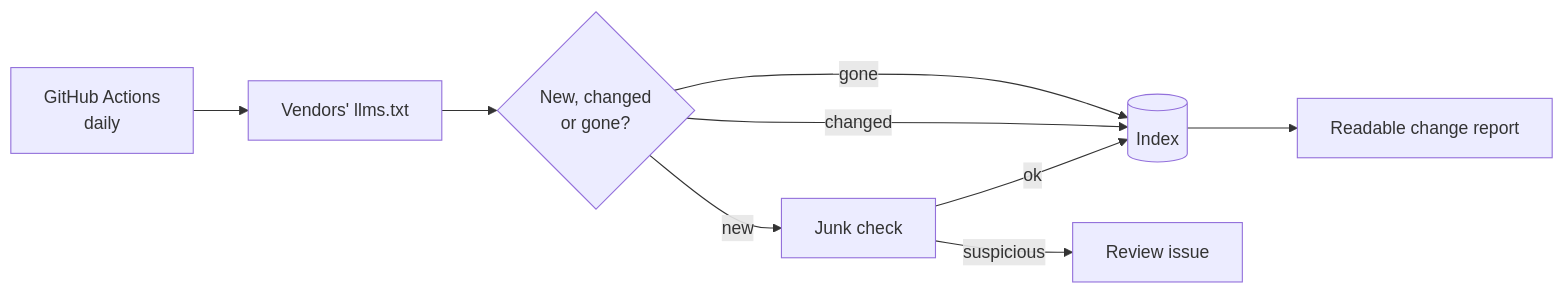
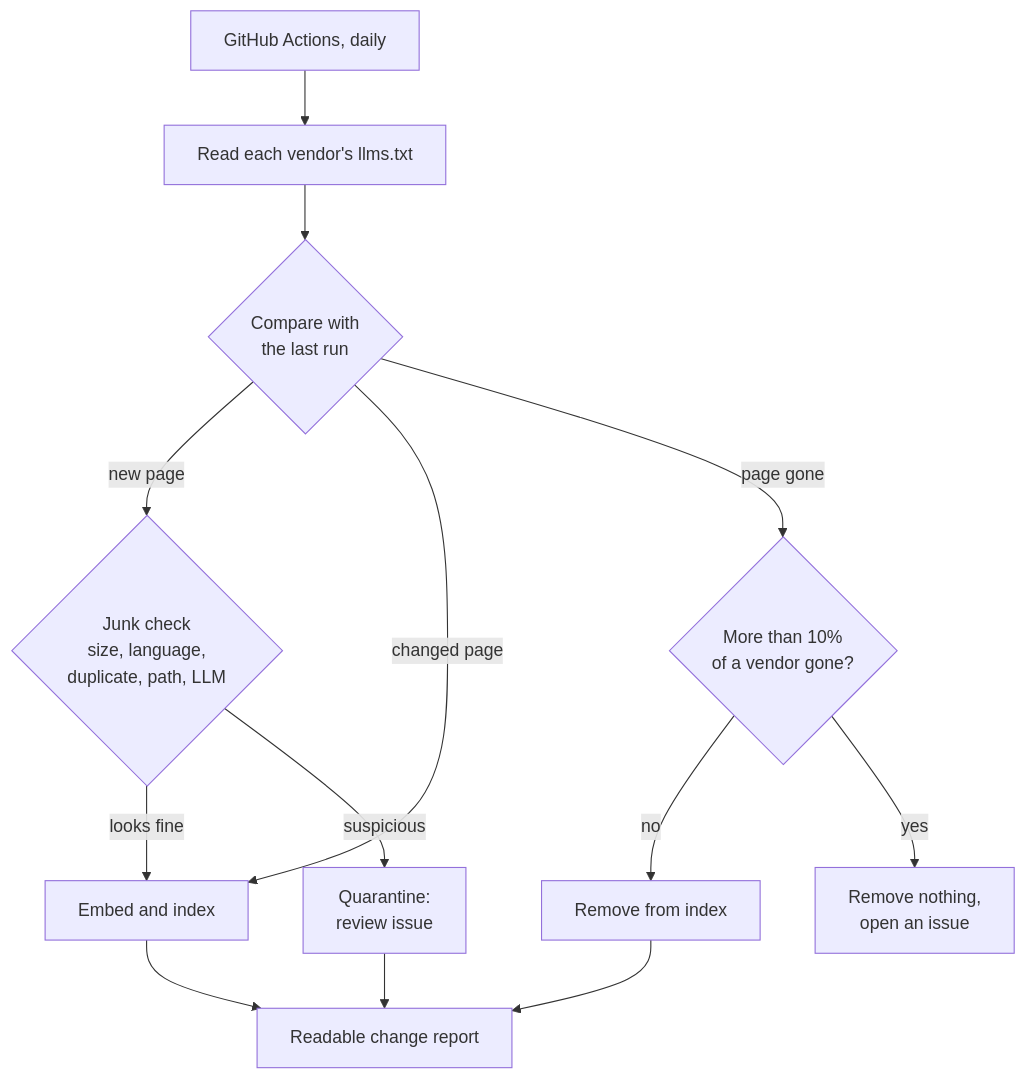
One commit to KonstantinStarovoytov/agent-docs changed the second of 2 diagrams in README.md. Above: the diagram before and after it, drawn with Mermaid. The commit also changed other lines of this file and 1 other file, not shown here.

Commit message:
docs: step-by-step remote MCP flow, sequential diagrams, corrected claims

````diff
--- a/README.md
+++ b/README.md
@@ -34,10 +56,15 @@
 ```mermaid
-flowchart LR
-    C[GitHub Actions<br/>daily] --> V[Vendors' llms.txt]
-    V --> N{New, changed<br/>or gone?}
-    N -->|new| GATE[Junk check] -->|ok| I[(Index)]
-    GATE -->|suspicious| QR[Review issue]
-    N -->|changed| I
-    N -->|gone| I
-    I --> REP[Readable change report]
+flowchart TD
+    C["GitHub Actions, daily"] --> V["Read each vendor's llms.txt"]
+    V --> N{"Compare with<br/>the last run"}
+    N -->|new page| GATE{"Junk check<br/>size, language,<br/>duplicate, path, LLM"}
+    GATE -->|looks fine| IDX["Embed and index"]
+    GATE -->|suspicious| QR["Quarantine:<br/>review issue"]
+    N -->|changed page| IDX
+    N -->|page gone| GUARD{"More than 10%<br/>of a vendor gone?"}
+    GUARD -->|no| DEL["Remove from index"]
+    GUARD -->|yes| STOP["Remove nothing,<br/>open an issue"]
+    IDX --> REP["Readable change report"]
+    DEL --> REP
+    QR --> REP
 ```
````
